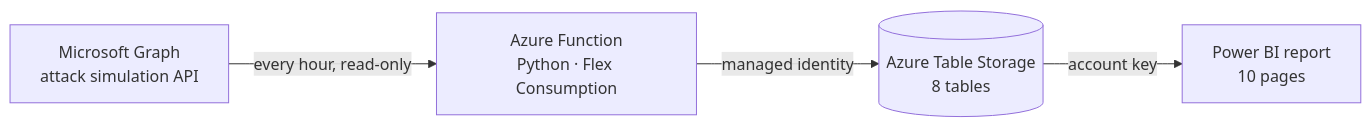
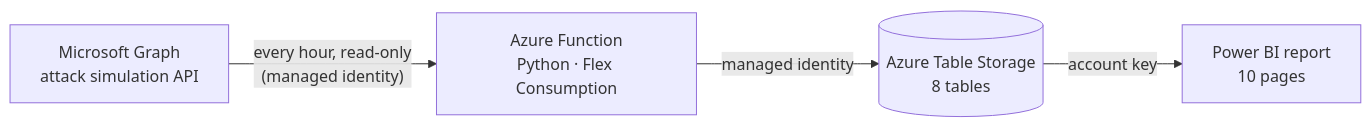
One commit to Muatazawad2/Email changed the diagram in AttackSimulator/README.md. Above: the diagram before and after it, drawn with Mermaid. The commit also changed other lines of this file and 16 other files, not shown here.

````diff
--- a/AttackSimulator/README.md
+++ b/AttackSimulator/README.md
@@ -79,6 +78,6 @@
 ```mermaid
 flowchart LR
-    G["Microsoft Graph<br/>attack simulation API"] -->|every hour, read-only| F["Azure Function<br/>Python · Flex Consumption"]
+    G["Microsoft Graph<br/>attack simulation API"] -->|"every hour, read-only<br/>(managed identity)"| F["Azure Function<br/>Python · Flex Consumption"]
     F -->|managed identity| T[("Azure Table Storage<br/>8 tables")]
     T -->|account key| P["Power BI report<br/>10 pages"]
 ```
````
